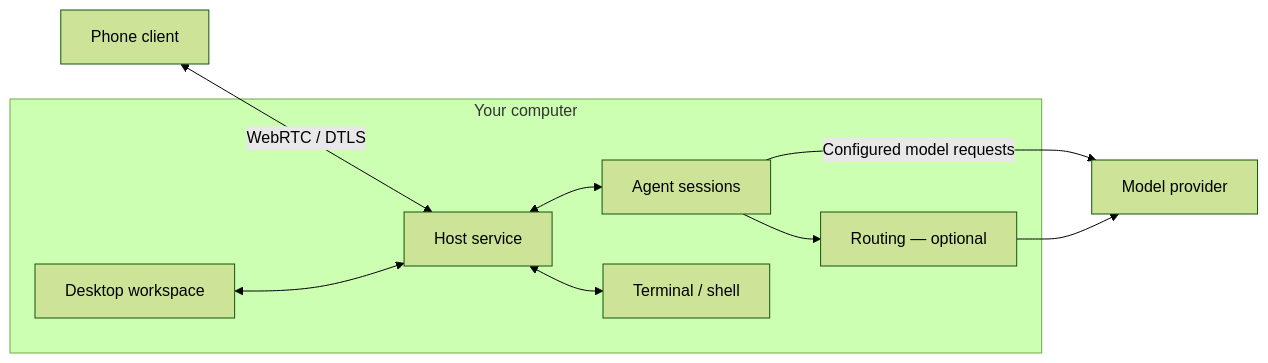
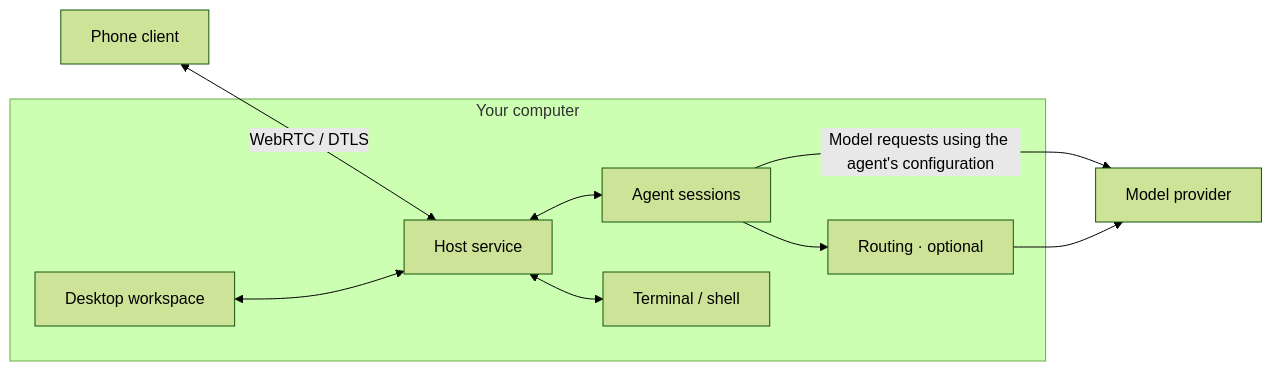
Before and after one commit to l0vest0rm/ping4u: the diagram in README.md, drawn with Mermaid (forest theme). The commit also changed other lines of this file and 1 other file, not shown here.

````diff
--- a/README.md
+++ b/README.md
@@ -37,12 +37,12 @@
 ```mermaid
 flowchart LR
     Phone["Phone client"] <-->|"WebRTC / DTLS"| Host["Host service"]
     subgraph Computer["Your computer"]
         Desktop["Desktop workspace"] <--> Host
         Host <--> Agents["Agent sessions"]
         Host <--> Terminal["Terminal / shell"]
-        Agents --> Routing["Routing — optional"]
+        Agents --> Routing["Routing · optional"]
     end
-    Agents -->|"Configured model requests"| Provider["Model provider"]
+    Agents -->|"Model requests using the agent's configuration"| Provider["Model provider"]
     Routing --> Provider
 ```
````
